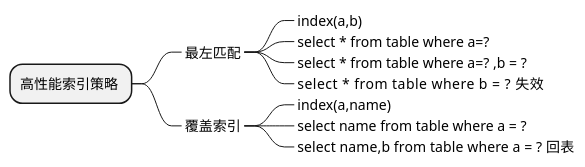
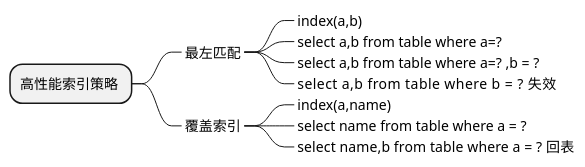
The ninth of 16 diagrams in 面试/数据库/mysql/mysql.md (yayaa-uuu/study), drawn with PlantUML before and after one commit. The commit also changed other lines of this file, not shown here.

````diff
--- a/面试/数据库/mysql/mysql.md
+++ b/面试/数据库/mysql/mysql.md
@@ -165,16 +162,16 @@
 ```plantuml
 @startmindmap
 * 高性能索引策略 
 **_ 最左匹配 
 ***_ index(a,b)
-***_ select * from table where a=?  
-***_ select * from table where a=? ,b = ?    
-***_ select * from table where b = ?     失效 
+***_ select a,b from table where a=?  
+***_ select a,b from table where a=? ,b = ?    
+***_ select a,b from table where b = ?     失效 
 
 **_ 覆盖索引 
 ***_ index(a,name)
 ***_ select name from table where a = ? 
 ***_ select name,b from table where a = ?  回表 
 
 @endmindmap
 ```
````
